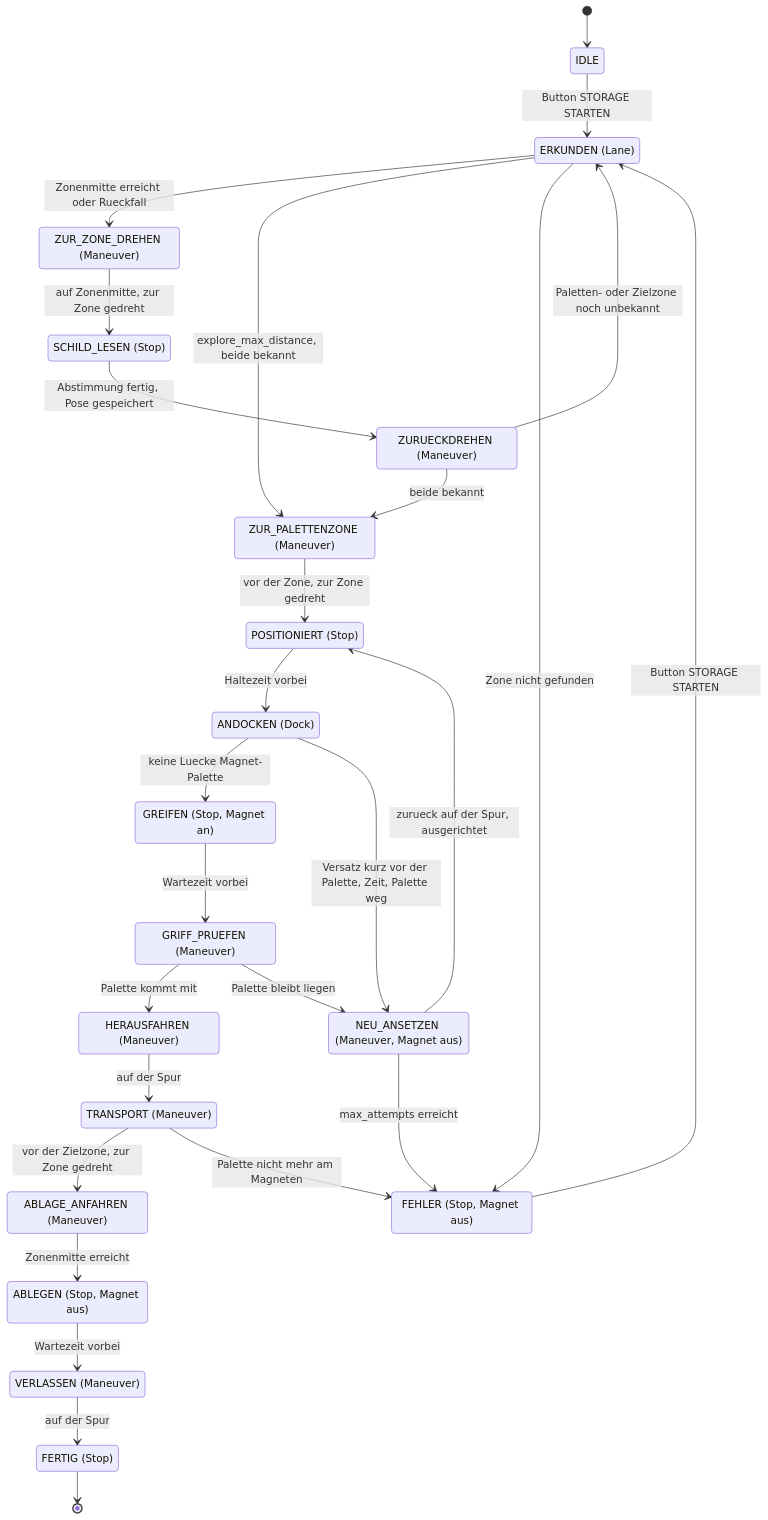
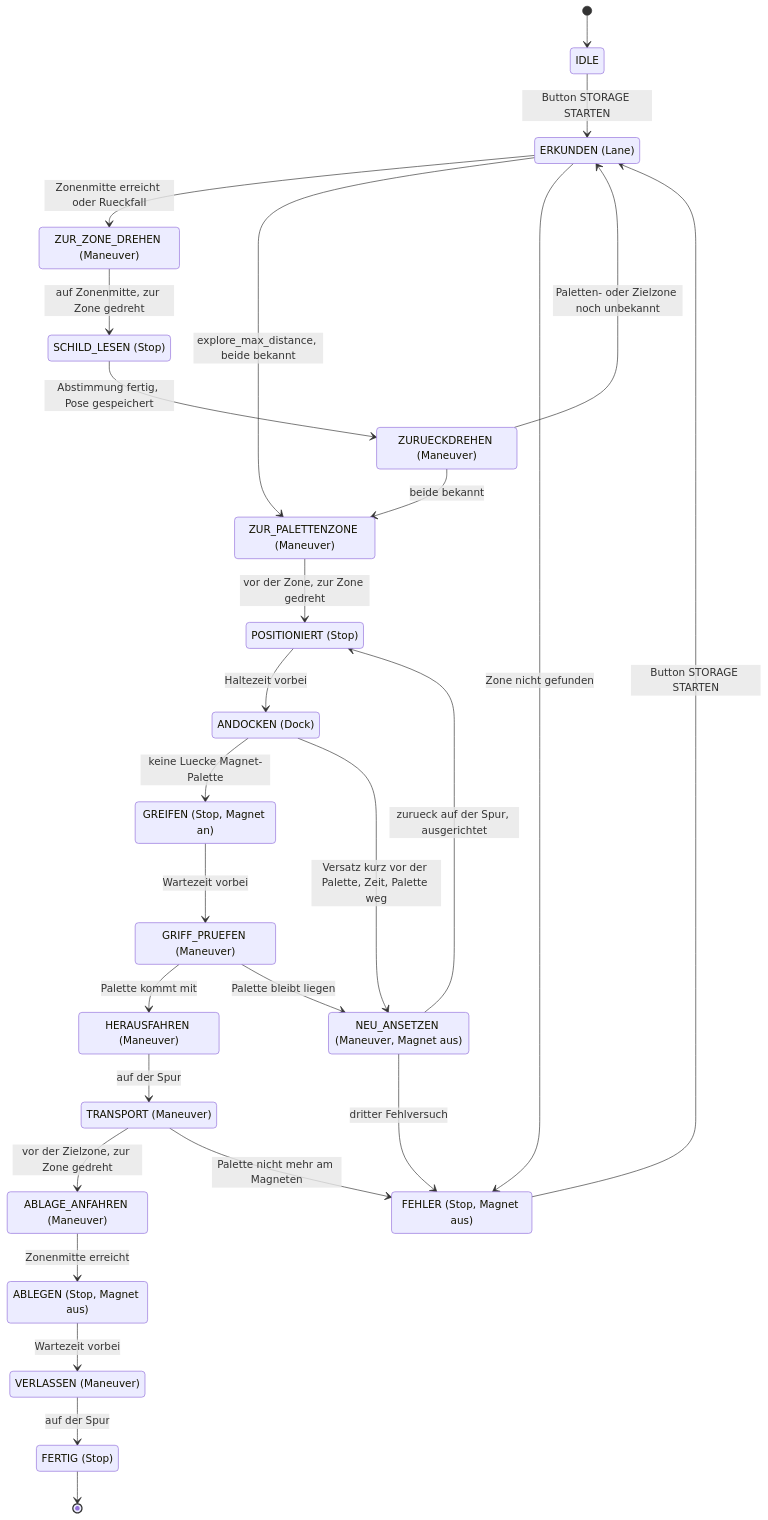
The diagram in docs/Storage_Retrieval_Konzept.md (NaiRolF878/TurtleBot3-URMC), drawn with Mermaid before and after one commit. The commit also changed other lines of this file and 13 other files, not shown here.

````diff
--- a/docs/Storage_Retrieval_Konzept.md
+++ b/docs/Storage_Retrieval_Konzept.md
@@ -95,49 +114,49 @@
 ```mermaid
 stateDiagram-v2
     [*] --> IDLE
     IDLE --> ERKUNDEN : Button STORAGE STARTEN
 
     state "ERKUNDEN (Lane)" as ERKUNDEN
     state "ZUR_ZONE_DREHEN (Maneuver)" as ZUR_ZONE_DREHEN
     state "SCHILD_LESEN (Stop)" as SCHILD_LESEN
     state "ZURUECKDREHEN (Maneuver)" as ZURUECKDREHEN
     state "ZUR_PALETTENZONE (Maneuver)" as ZUR_PALETTENZONE
     state "POSITIONIERT (Stop)" as POSITIONIERT
     state "ANDOCKEN (Dock)" as ANDOCKEN
     state "GREIFEN (Stop, Magnet an)" as GREIFEN
     state "GRIFF_PRUEFEN (Maneuver)" as GRIFF_PRUEFEN
     state "NEU_ANSETZEN (Maneuver, Magnet aus)" as NEU_ANSETZEN
     state "HERAUSFAHREN (Maneuver)" as HERAUSFAHREN
     state "TRANSPORT (Maneuver)" as TRANSPORT
     state "ABLAGE_ANFAHREN (Maneuver)" as ABLAGE_ANFAHREN
     state "ABLEGEN (Stop, Magnet aus)" as ABLEGEN
     state "VERLASSEN (Maneuver)" as VERLASSEN
     state "FERTIG (Stop)" as FERTIG
     state "FEHLER (Stop, Magnet aus)" as FEHLER
 
     ERKUNDEN --> ZUR_ZONE_DREHEN : Zonenmitte erreicht oder Rueckfall
     ZUR_ZONE_DREHEN --> SCHILD_LESEN : auf Zonenmitte, zur Zone gedreht
     SCHILD_LESEN --> ZURUECKDREHEN : Abstimmung fertig, Pose gespeichert
     ZURUECKDREHEN --> ERKUNDEN : Paletten- oder Zielzone noch unbekannt
     ZURUECKDREHEN --> ZUR_PALETTENZONE : beide bekannt
     ERKUNDEN --> ZUR_PALETTENZONE : explore_max_distance, beide bekannt
     ZUR_PALETTENZONE --> POSITIONIERT : vor der Zone, zur Zone gedreht
     POSITIONIERT --> ANDOCKEN : Haltezeit vorbei
     ANDOCKEN --> GREIFEN : keine Luecke Magnet-Palette
     ANDOCKEN --> NEU_ANSETZEN : Versatz kurz vor der Palette, Zeit, Palette weg
     GREIFEN --> GRIFF_PRUEFEN : Wartezeit vorbei
     GRIFF_PRUEFEN --> HERAUSFAHREN : Palette kommt mit
     GRIFF_PRUEFEN --> NEU_ANSETZEN : Palette bleibt liegen
     NEU_ANSETZEN --> POSITIONIERT : zurueck auf der Spur, ausgerichtet
     HERAUSFAHREN --> TRANSPORT : auf der Spur
     TRANSPORT --> ABLAGE_ANFAHREN : vor der Zielzone, zur Zone gedreht
     ABLAGE_ANFAHREN --> ABLEGEN : Zonenmitte erreicht
     ABLEGEN --> VERLASSEN : Wartezeit vorbei
     VERLASSEN --> FERTIG : auf der Spur
 
     ERKUNDEN --> FEHLER : Zone nicht gefunden
-    NEU_ANSETZEN --> FEHLER : max_attempts erreicht
+    NEU_ANSETZEN --> FEHLER : dritter Fehlversuch
     TRANSPORT --> FEHLER : Palette nicht mehr am Magneten
     FEHLER --> ERKUNDEN : Button STORAGE STARTEN
     FERTIG --> [*]
 ```
````
